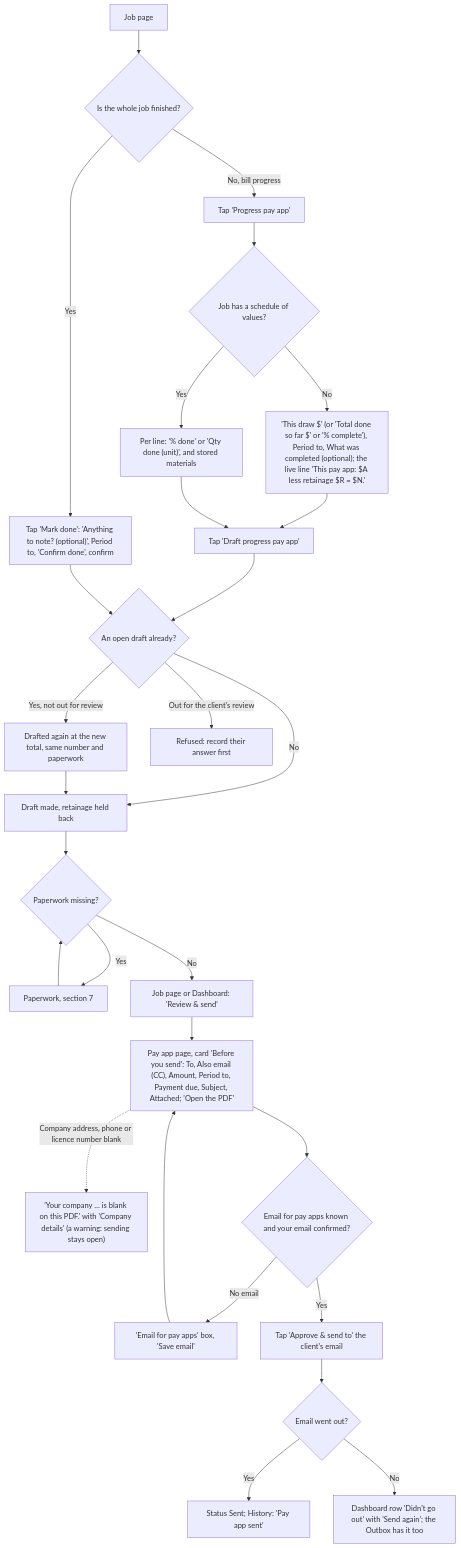
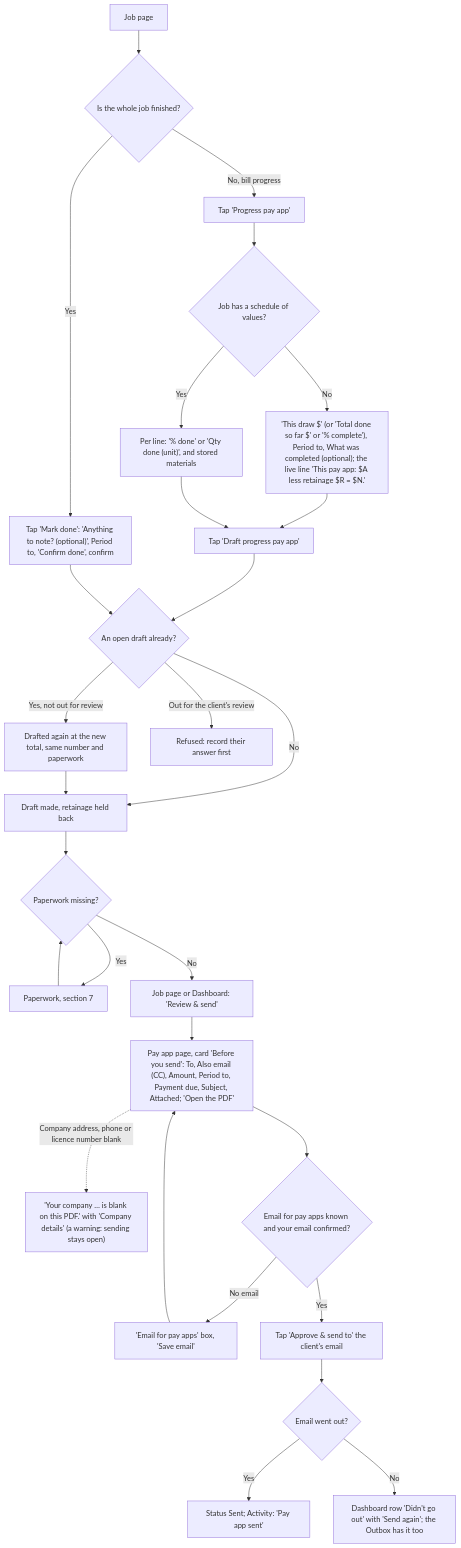
One commit to cartwrightstephen/billdable changed the eighth of 15 diagrams in docs/client-flows.md. Above: the diagram before and after it, drawn with Mermaid. The commit also changed other lines of this file and 13 other files, not shown here.

````diff
--- a/docs/client-flows.md
+++ b/docs/client-flows.md
@@ -298,30 +309,30 @@
 ```mermaid
 flowchart TD
     A["Job page"] --> B{"Is the whole job finished?"}
     B -->|"No, bill progress"| C["Tap 'Progress pay app'"]
     C --> D{"Job has a schedule of values?"}
     D -->|"No"| E["'This draw $' (or 'Total done so far $' or '% complete'), Period to, What was completed (optional); the live line 'This pay app: $A less retainage $R = $N.'"]
     D -->|"Yes"| F["Per line: '% done' or 'Qty done (unit)', and stored materials"]
     E --> G["Tap 'Draft progress pay app'"]
     F --> G
     B -->|"Yes"| H["Tap 'Mark done': 'Anything to note? (optional)', Period to, 'Confirm done', confirm"]
     G --> J{"An open draft already?"}
     H --> J
     J -->|"Yes, not out for review"| K["Drafted again at the new total, same number and paperwork"]
     J -->|"Out for the client's review"| K2["Refused: record their answer first"]
     J -->|"No"| L["Draft made, retainage held back"]
     K --> L
     L --> M{"Paperwork missing?"}
     M -->|"Yes"| N["Paperwork, section 7"]
     N --> M
     M -->|"No"| O["Job page or Dashboard: 'Review & send'"]
     O --> P["Pay app page, card 'Before you send': To, Also email (CC), Amount, Period to, Payment due, Subject, Attached; 'Open the PDF'"]
     P -.->|"Company address, phone or licence number blank"| PW["'Your company … is blank on this PDF.' with 'Company details' (a warning: sending stays open)"]
     P --> P1{"Email for pay apps known and your email confirmed?"}
     P1 -->|"No email"| P2["'Email for pay apps' box, 'Save email'"]
     P2 --> P
     P1 -->|"Yes"| Q["Tap 'Approve & send to' the client's email"]
     Q --> R{"Email went out?"}
-    R -->|"Yes"| S["Status Sent; History: 'Pay app sent'"]
+    R -->|"Yes"| S["Status Sent; Activity: 'Pay app sent'"]
     R -->|"No"| T["Dashboard row 'Didn't go out' with 'Send again'; the Outbox has it too"]
 ```
````
